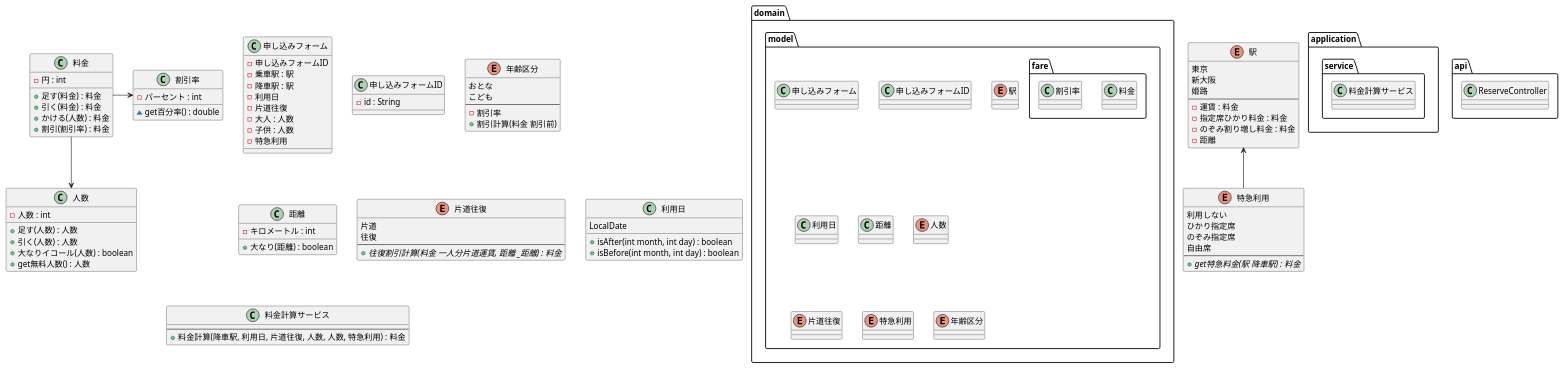
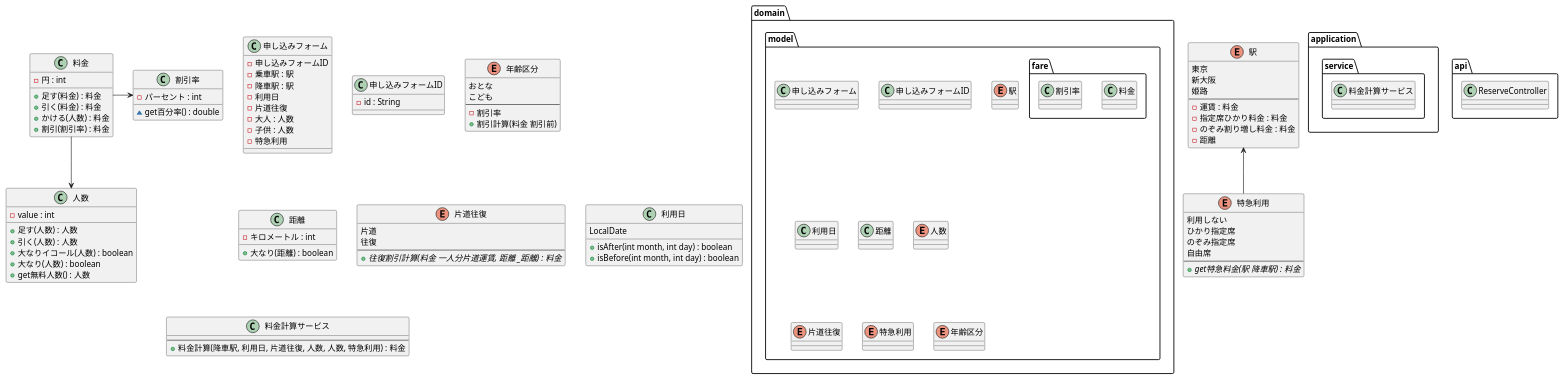
Before and after one commit to MiuraKotaro/jr-pricing: the diagram in uml/class.puml, drawn with PlantUML. The commit also changed 4 other files, not shown here.

```diff
--- a/uml/class.puml
+++ b/uml/class.puml
@@ -1,119 +1,120 @@
 @startuml
 
 package domain {
     package model {
 
         class 申し込みフォーム
         class 申し込みフォームID
         enum 駅
         package fare {
             class 料金
             class 割引率
         }
         class 利用日
         class 距離
         enum 人数
         enum 片道往復
         enum 特急利用
         enum 年齢区分
     }
 
 }
 
 package application {
     package service {
         class 料金計算サービス
     }
 }
 
 package api {
     class ReserveController
 }
 
 class 申し込みフォーム {
     - 申し込みフォームID
     - 乗車駅 : 駅
     - 降車駅 : 駅
     - 利用日
     - 片道往復
     - 大人 : 人数
     - 子供 : 人数
     - 特急利用
 }
 class 申し込みフォームID {
     - id : String
 }
 enum 駅 {
     東京
     新大阪
     姫路
     --
     - 運賃 : 料金
     - 指定席ひかり料金 : 料金
     - のぞみ割り増し料金 : 料金
     - 距離
 }
 enum 特急利用 {
     利用しない
     ひかり指定席
     のぞみ指定席
     自由席
     --
     + {abstract} get特急料金(駅 降車駅) : 料金
 }
 enum 年齢区分 {
     おとな
     こども
     --
     - 割引率
     + 割引計算(料金 割引前)
 }
 class 料金 {
     - 円 : int
 
     + 足す(料金) : 料金
     + 引く(料金) : 料金
     + かける(人数) : 料金
     + 割引(割引率) : 料金
 }
 class 割引率 {
     - パーセント : int
 
     ~ get百分率() : double
 }
 class 距離 {
     - キロメートル : int
 
     + 大なり(距離) : boolean
 }
 class 人数 {
-    - 人数 : int
+    - value : int
 
     + 足す(人数) : 人数
     + 引く(人数) : 人数
     + 大なりイコール(人数) : boolean
+    + 大なり(人数) : boolean
     + get無料人数() : 人数
 }
 enum 片道往復 {
     片道
     往復
     --
     + {abstract} 往復割引計算(料金 一人分片道運賃, 距離 _距離) : 料金
 }
 class 利用日 {
     LocalDate
 
     + isAfter(int month, int day) : boolean
     + isBefore(int month, int day) : boolean
 }
 
 class 料金計算サービス {
     --
     + 料金計算(降車駅, 利用日, 片道往復, 人数, 人数, 特急利用) : 料金
 }
 
 駅 <-- 特急利用
 料金 --> 人数
 料金 -> 割引率
 
 @enduml
```
